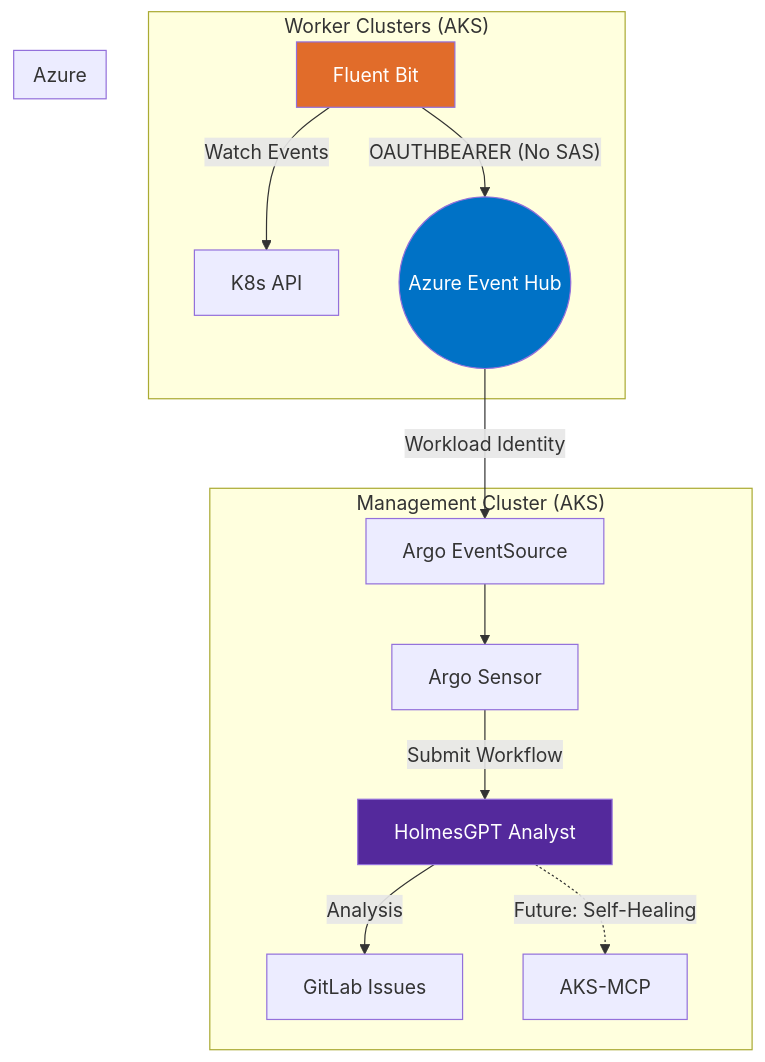
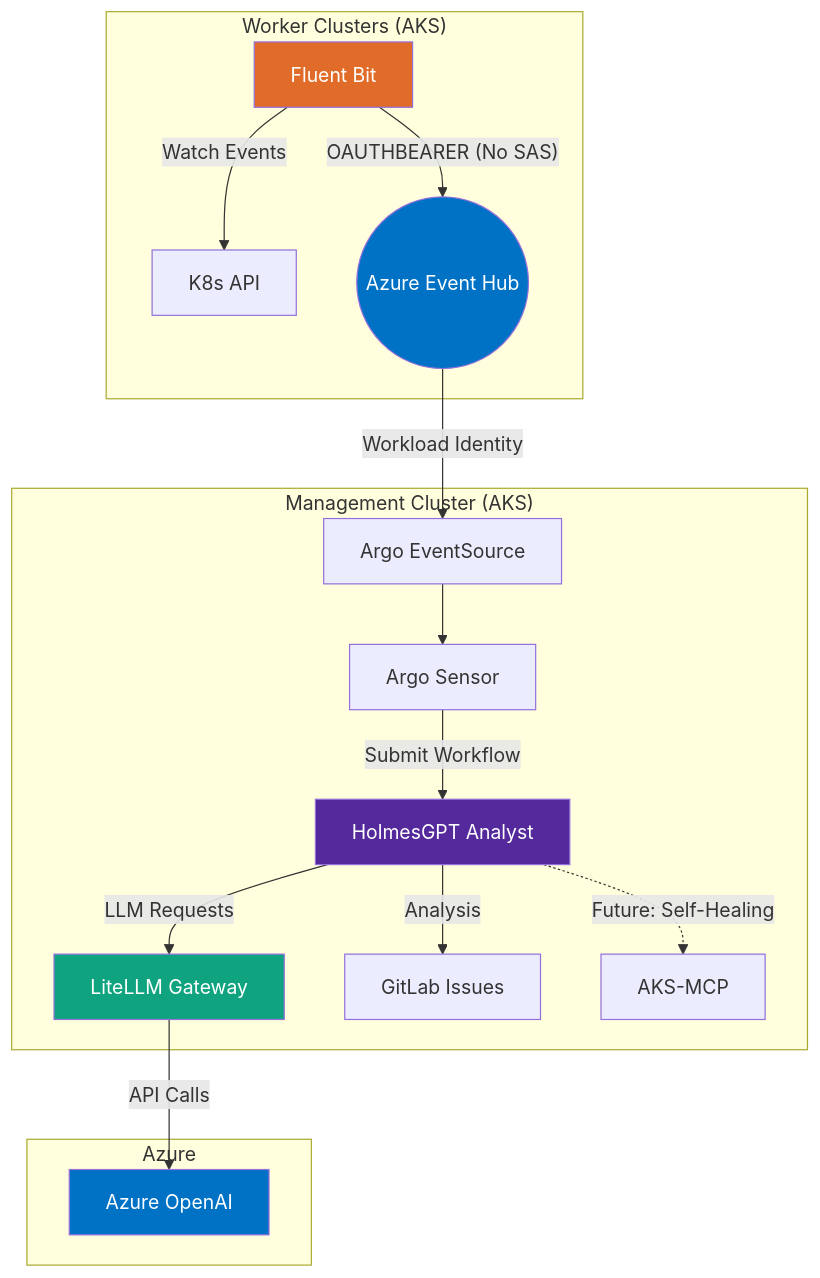
The first of 2 diagrams in scratchpad/fluent-bit-production-eventhub/STAKEHOLDERS.md (davidmarkgardiner/ACAv2), drawn with Mermaid before and after one commit. The commit also changed other lines of this file, not shown here.

Commit message:
feat: Enhance architecture documentation with Azure OpenAI integration and component alternatives

````diff
--- a/scratchpad/fluent-bit-production-eventhub/STAKEHOLDERS.md
+++ b/scratchpad/fluent-bit-production-eventhub/STAKEHOLDERS.md
@@ -5,23 +5,28 @@
 ```mermaid
 graph TD
     subgraph "Worker Clusters (AKS)"
         FB[Fluent Bit] -- "Watch Events" --> K8sAPI[K8s API]
         FB -- "OAUTHBEARER (No SAS)" --> EH
     end
 
     subgraph "Azure"
         EH((Azure Event Hub))
+        AOAI[Azure OpenAI]
     end
 
     subgraph "Management Cluster (AKS)"
         EH -- "Workload Identity" --> AES[Argo EventSource]
         AES --> AS[Argo Sensor]
         AS -- "Submit Workflow" --> WH[HolmesGPT Analyst]
+        WH -- "LLM Requests" --> LL[LiteLLM Gateway]
+        LL -- "API Calls" --> AOAI
         WH -- "Analysis" --> GL[GitLab Issues]
         WH -. "Future: Self-Healing" .-> AM[AKS-MCP]
     end
 
     style EH fill:#0072C6,color:#fff
+    style AOAI fill:#0072C6,color:#fff
     style WH fill:#54299c,color:#fff
     style FB fill:#e16c2a,color:#fff
+    style LL fill:#10a37f,color:#fff
 ```
````
